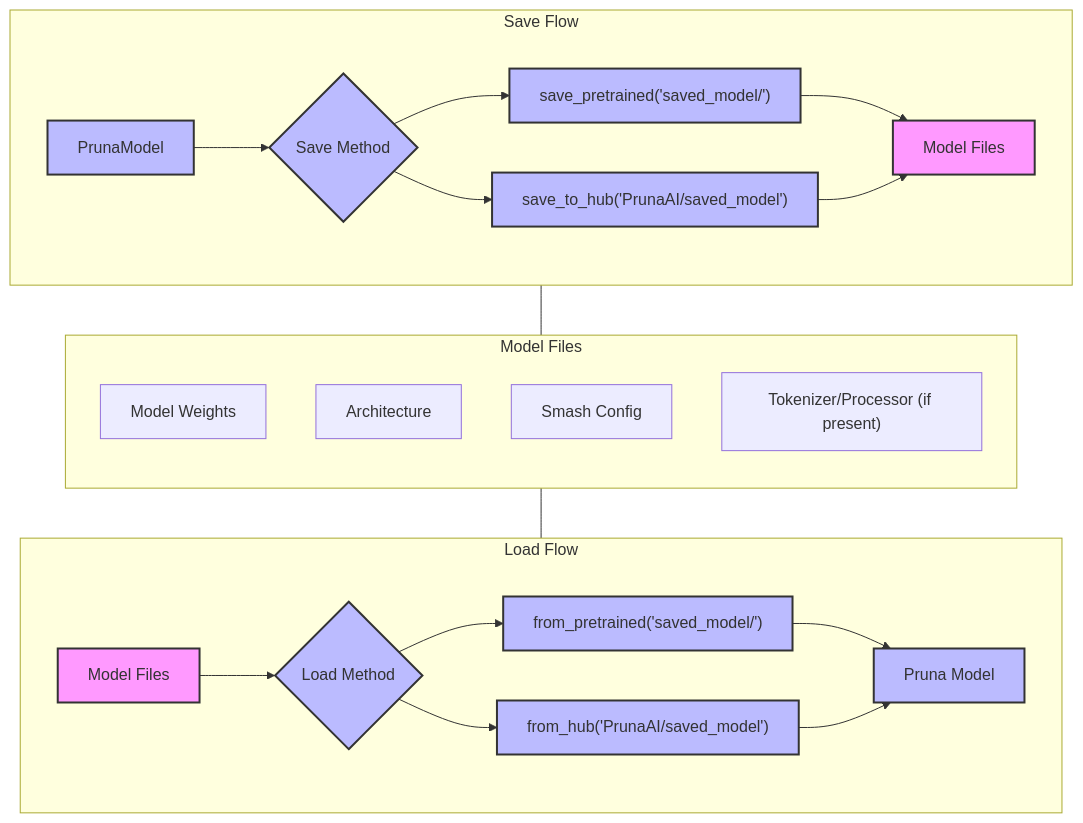
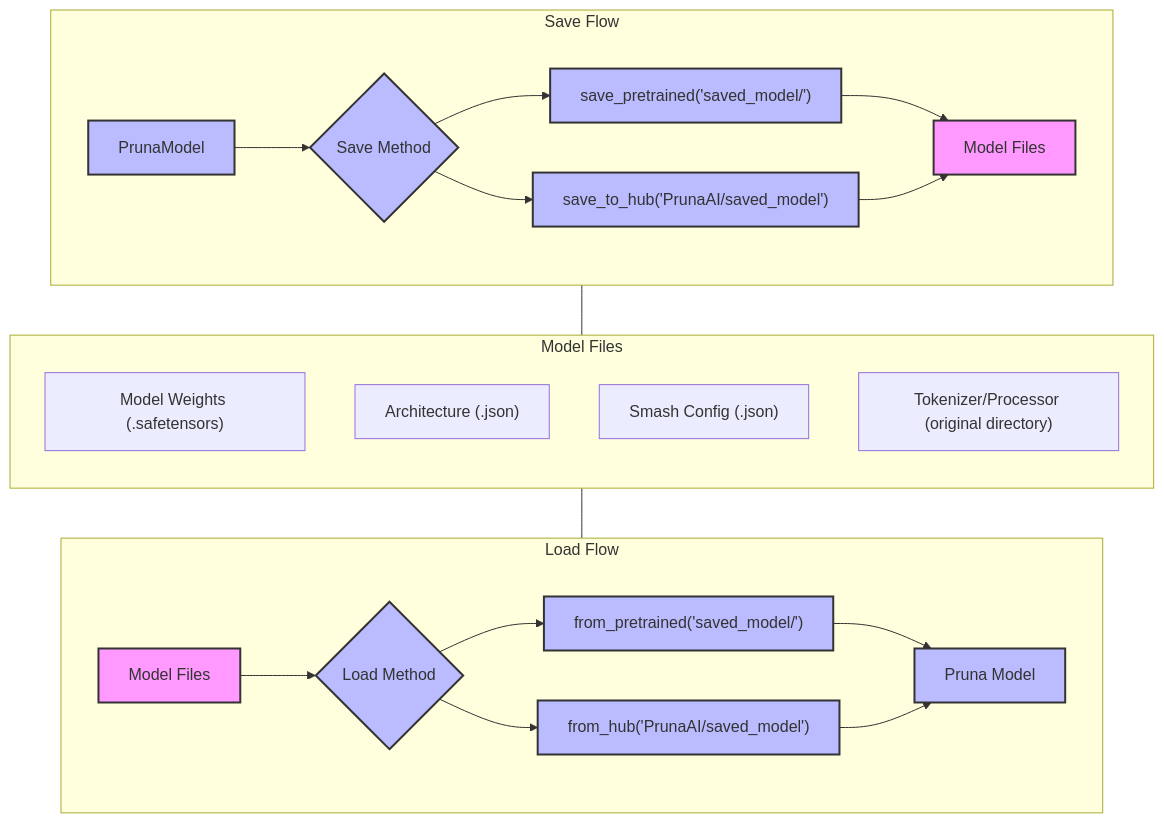
One commit to PrunaAI/pruna changed the diagram in docs/user_manual/save_load.rst. Above: the diagram before and after it, drawn with Mermaid. The commit also changed 9 other files, not shown here.

```diff
--- a/docs/user_manual/save_load.rst
+++ b/docs/user_manual/save_load.rst
@@ -15,43 +15,43 @@
 .. mermaid::
     :align: center
 
     flowchart TB
         subgraph LoadFlow["Load Flow"]
             direction LR
             F["Model Files"] --> G{"Load Method"}
             G --> H1["from_pretrained('saved_model/')"]
             G --> H2["from_hub('PrunaAI/saved_model')"]
             H1 --> I["Pruna Model"]
             H2 --> I
         end
 
         subgraph Model["Model Files"]
             direction TB
-            E1["Model Weights"]
-            E2["Architecture"]
-            E3["Smash Config"]
-            E4["Tokenizer/Processor (if present)"]
+            E1["Model Weights (.safetensors)"]
+            E2["Architecture (.json)"]
+            E3["Smash Config (.json)"]
+            E4["Tokenizer/Processor (original directory)"]
         end
 
         subgraph SaveFlow["Save Flow"]
             direction LR
             A["PrunaModel"] --> B{"Save Method"}
             B --> C1["save_pretrained('saved_model/')"]
             B --> C2["save_to_hub('PrunaAI/saved_model')"]
             C1 --> D["Model Files"]
             C2 --> D
         end
 
         SaveFlow --- Model
         Model --- LoadFlow
 
         style A fill:#bbf,stroke:#333,stroke-width:2px
         style F fill:#f9f,stroke:#333,stroke-width:2px
         style G fill:#bbf,stroke:#333,stroke-width:2px
         style H1 fill:#bbf,stroke:#333,stroke-width:2px
         style H2 fill:#bbf,stroke:#333,stroke-width:2px
         style I fill:#bbf,stroke:#333,stroke-width:2px
         style B fill:#bbf,stroke:#333,stroke-width:2px
         style C1 fill:#bbf,stroke:#333,stroke-width:2px
         style C2 fill:#bbf,stroke:#333,stroke-width:2px
         style D fill:#f9f,stroke:#333,stroke-width:2px
```
